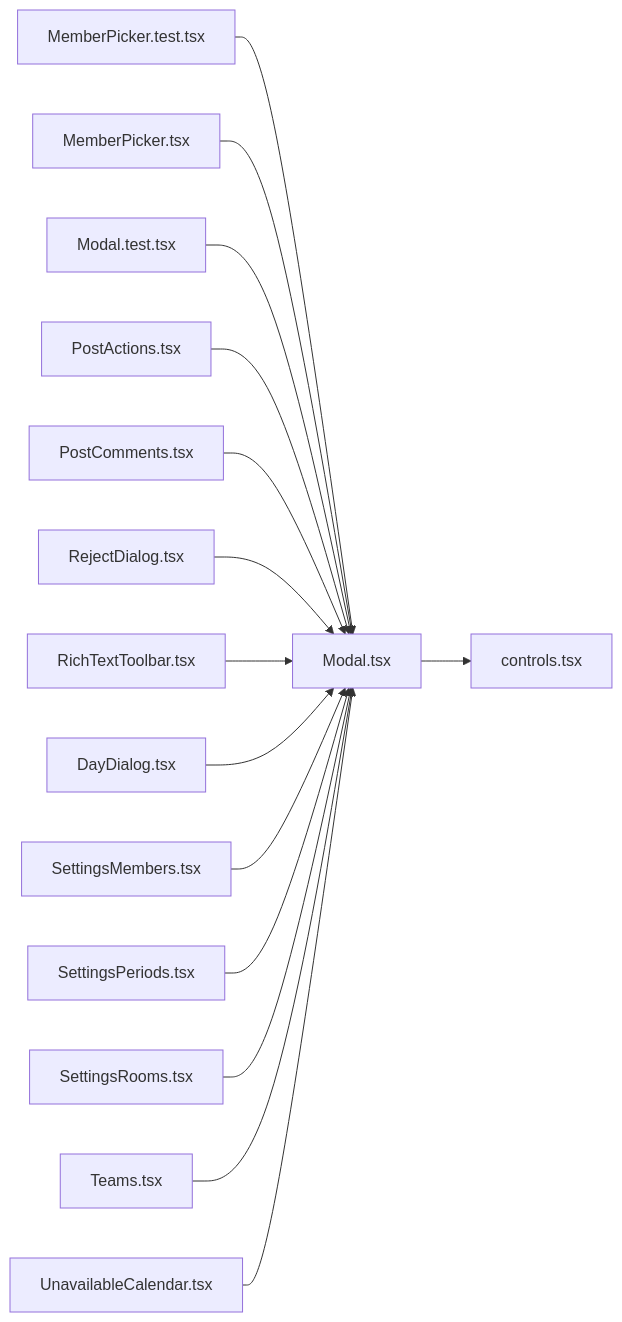
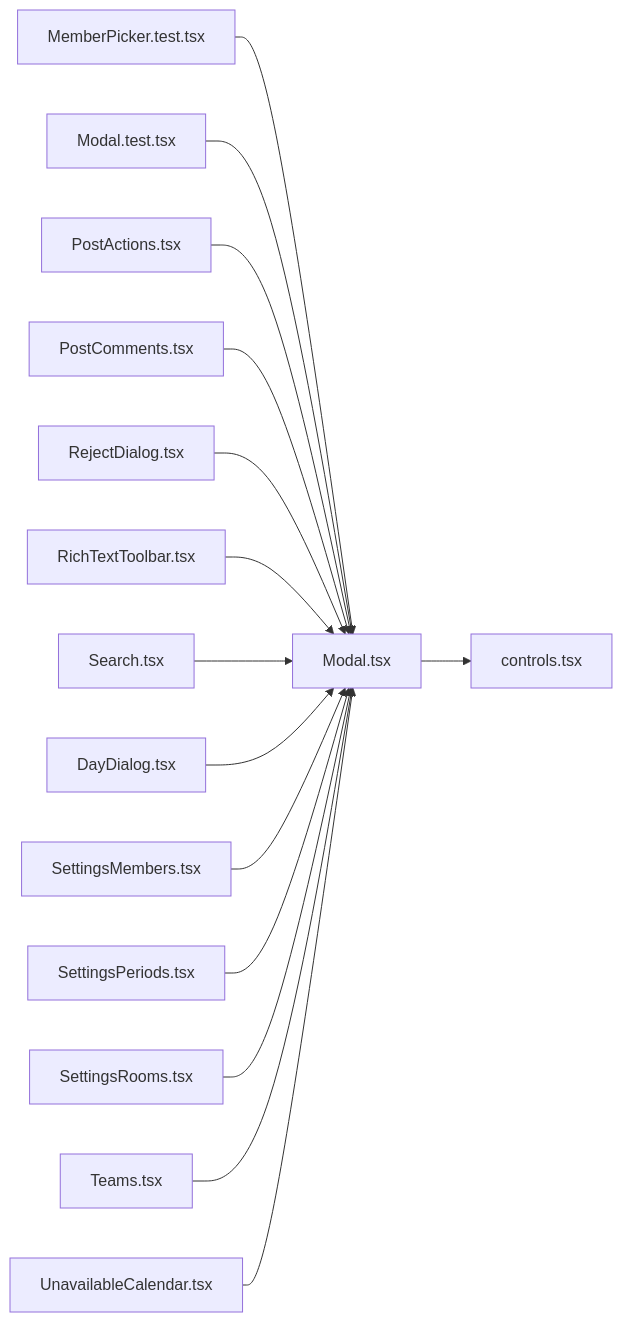
The diagram in .cluedoc/graph/frontend/src/components/Modal.md (minkong-dev/Banblit), drawn with Mermaid before and after one commit. The commit also changed other lines of this file and 78 other files, not shown here.

Commit message:
frontend: merge single-function files into Board, Profile, Search, controls, loading and pipeline

````diff
--- a/.cluedoc/graph/frontend/src/components/Modal.md
+++ b/.cluedoc/graph/frontend/src/components/Modal.md
@@ -10,18 +10,18 @@
 ```mermaid
 flowchart LR
   frontend_src_components_Modal["Modal.tsx"]
   frontend_src_components_Modal --> frontend_src_components_controls["controls.tsx"]
   frontend_src_components_MemberPicker_test["MemberPicker.test.tsx"] --> frontend_src_components_Modal
-  frontend_src_components_MemberPicker["MemberPicker.tsx"] --> frontend_src_components_Modal
   frontend_src_components_Modal_test["Modal.test.tsx"] --> frontend_src_components_Modal
   frontend_src_components_PostActions["PostActions.tsx"] --> frontend_src_components_Modal
   frontend_src_components_PostComments["PostComments.tsx"] --> frontend_src_components_Modal
   frontend_src_components_RejectDialog["RejectDialog.tsx"] --> frontend_src_components_Modal
   frontend_src_components_RichTextToolbar["RichTextToolbar.tsx"] --> frontend_src_components_Modal
+  frontend_src_components_Search["Search.tsx"] --> frontend_src_components_Modal
   frontend_src_routes_DayDialog["DayDialog.tsx"] --> frontend_src_components_Modal
   frontend_src_routes_SettingsMembers["SettingsMembers.tsx"] --> frontend_src_components_Modal
   frontend_src_routes_SettingsPeriods["SettingsPeriods.tsx"] --> frontend_src_components_Modal
   frontend_src_routes_SettingsRooms["SettingsRooms.tsx"] --> frontend_src_components_Modal
   frontend_src_routes_Teams["Teams.tsx"] --> frontend_src_components_Modal
   frontend_src_routes_UnavailableCalendar["UnavailableCalendar.tsx"] --> frontend_src_components_Modal
 ```
````
